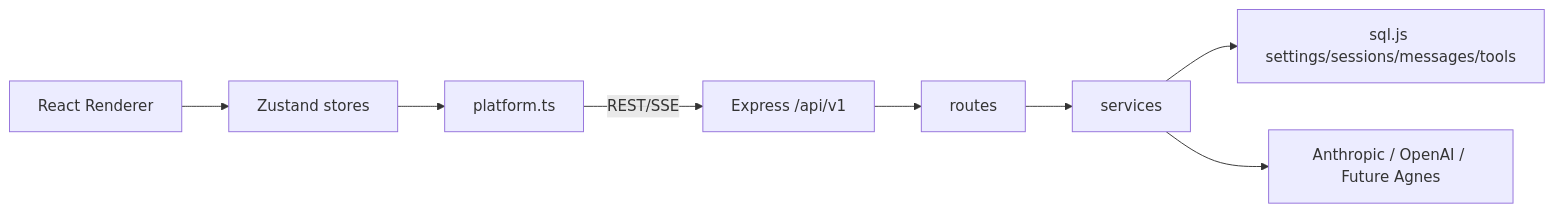
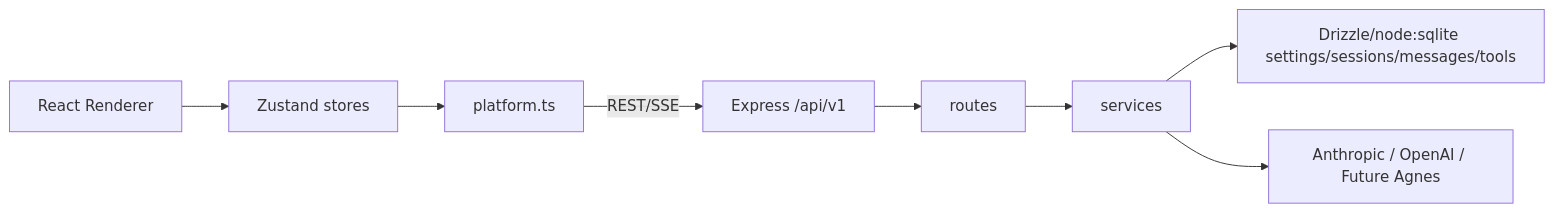
The diagram in docs/agnes/agnes-provider-integration-analysis.md (jiujuan/BloomAI), drawn with Mermaid before and after one commit. The commit also changed other lines of this file and 4 other files, not shown here.

````diff
--- a/docs/agnes/agnes-provider-integration-analysis.md
+++ b/docs/agnes/agnes-provider-integration-analysis.md
@@ -27,10 +27,10 @@
 ```mermaid
 flowchart LR
   UI["React Renderer"] --> Store["Zustand stores"]
   Store --> Api["platform.ts"]
   Api -->|REST/SSE| Server["Express /api/v1"]
   Server --> Routes["routes"]
   Routes --> Services["services"]
-  Services --> DB["sql.js settings/sessions/messages/tools"]
+  Services --> DB["Drizzle/node:sqlite settings/sessions/messages/tools"]
   Services --> Providers["Anthropic / OpenAI / Future Agnes"]
 ```
````
